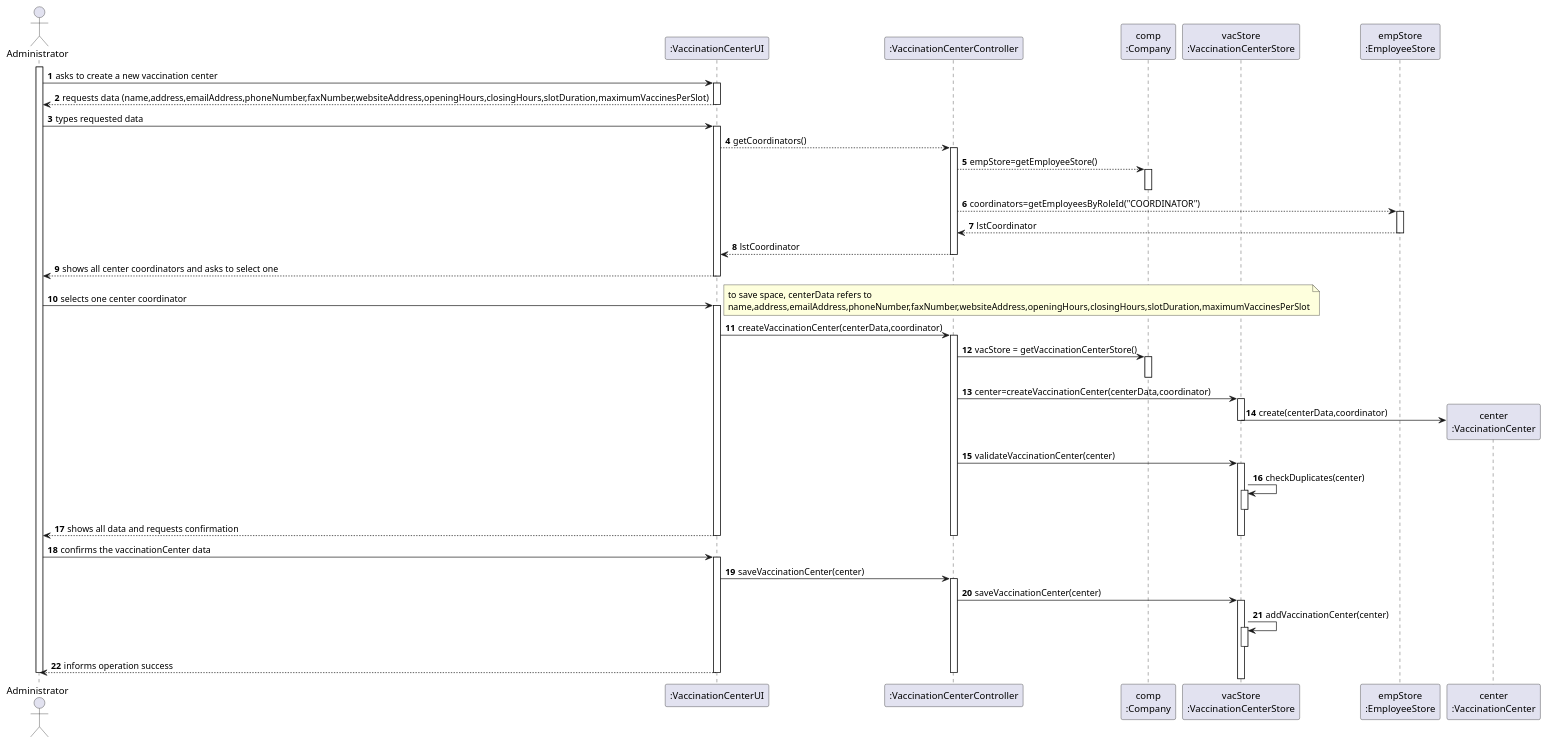
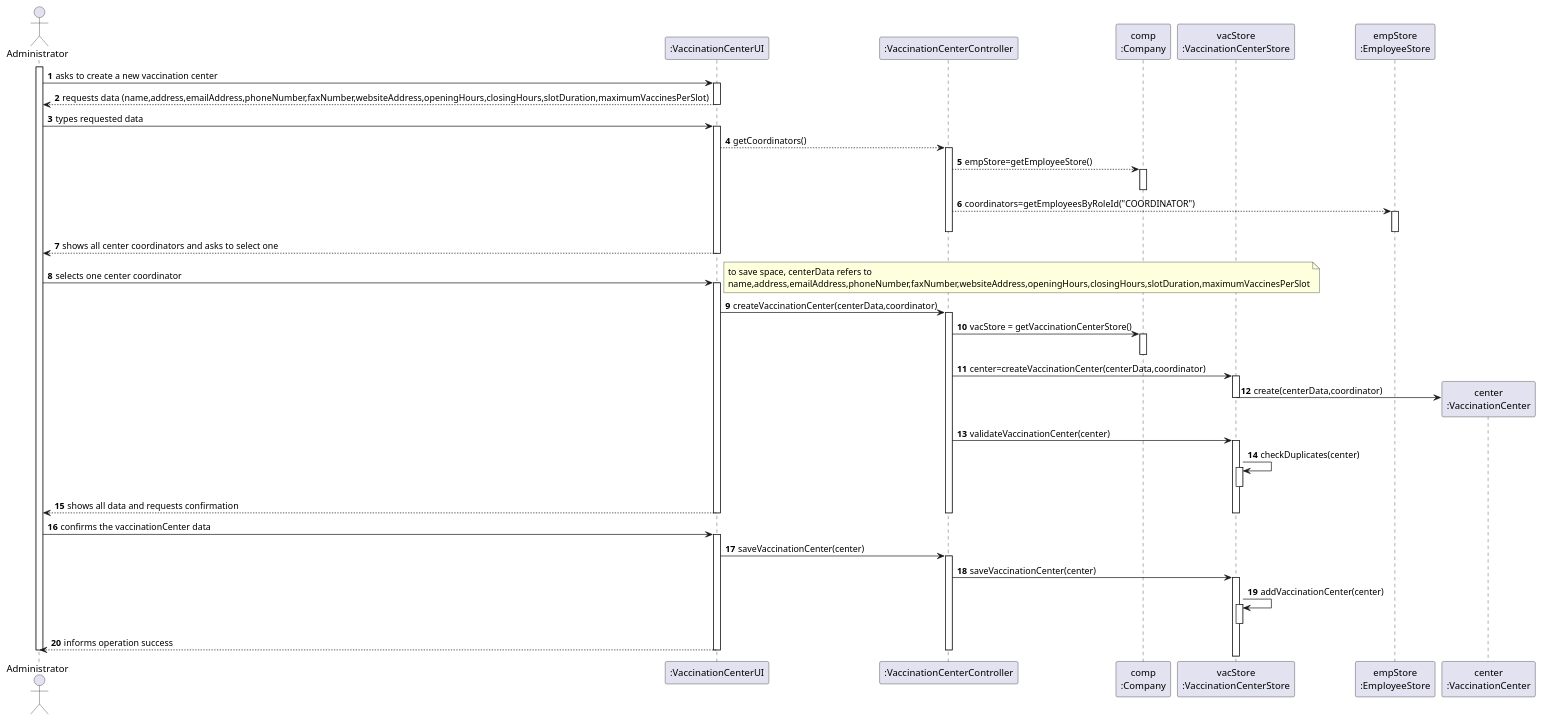
The diagram in docs/SprintB/US09/SD/US09_SD.puml (miseEnPlace-i/lapr2), drawn with PlantUML before and after one commit. The commit also changed 1 other file, not shown here.

```diff
--- a/docs/SprintB/US09/SD/US09_SD.puml
+++ b/docs/SprintB/US09/SD/US09_SD.puml
@@ -1,95 +1,91 @@
 @startuml US09_SD
 autonumber
 actor "Administrator" as ADM
 
 participant ":VaccinationCenterUI" as UI
 participant ":VaccinationCenterController" as CTRL
 participant "comp\n:Company" as COMP
 participant "vacStore\n:VaccinationCenterStore" as VACSTORE
 participant "empStore\n:EmployeeStore" as EMPSTORE
 participant "center\n:VaccinationCenter" as CENTER
 
 activate ADM 
 ADM -> UI : asks to create a new vaccination center
 activate UI
 
 UI --> ADM : requests data (name,address,emailAddress,phoneNumber,faxNumber,websiteAddress,openingHours,closingHours,slotDuration,maximumVaccinesPerSlot)
 deactivate UI
 
 ADM -> UI : types requested data
 activate UI
 
 UI --> CTRL : getCoordinators()
 activate CTRL
 
 CTRL --> COMP : empStore=getEmployeeStore()
 activate COMP
 deactivate COMP
 
 CTRL --> EMPSTORE : coordinators=getEmployeesByRoleId("COORDINATOR")
 activate EMPSTORE
-
-EMPSTORE --> CTRL : lstCoordinator
+deactivate CTRL
 deactivate EMPSTORE
-
-CTRL --> UI : lstCoordinator
-deactivate CTRL
 
 UI --> ADM : shows all center coordinators and asks to select one
 deactivate UI
 
 ADM -> UI : selects one center coordinator
 activate UI
 
 note right
     to save space, centerData refers to 
     name,address,emailAddress,phoneNumber,faxNumber,websiteAddress,openingHours,closingHours,slotDuration,maximumVaccinesPerSlot
 end note
 
 UI -> CTRL : createVaccinationCenter(centerData,coordinator)
 activate CTRL
 
 CTRL -> COMP : vacStore = getVaccinationCenterStore()
 activate COMP
 deactivate COMP
 
 CTRL -> VACSTORE : center=createVaccinationCenter(centerData,coordinator)
 activate VACSTORE
 
 VACSTORE -> CENTER** : create(centerData,coordinator)
 deactivate VACSTORE
 
 CTRL -> VACSTORE : validateVaccinationCenter(center)
 activate VACSTORE
 
 VACSTORE -> VACSTORE : checkDuplicates(center)
 activate VACSTORE
 deactivate VACSTORE
 
 UI --> ADM: shows all data and requests confirmation
 deactivate VACSTORE
 deactivate CTRL
 deactivate UI
 
 ADM -> UI : confirms the vaccinationCenter data
 activate UI
 UI -> CTRL : saveVaccinationCenter(center)
 activate CTRL
 
 CTRL -> VACSTORE : saveVaccinationCenter(center)
 activate VACSTORE
 
 
 
 VACSTORE -> VACSTORE : addVaccinationCenter(center)
 activate VACSTORE
 deactivate VACSTORE
 
 UI --> ADM : informs operation success
 deactivate COMP
 deactivate CTRL
 deactivate UI
 
 deactivate ADM
 
 @enduml
```
